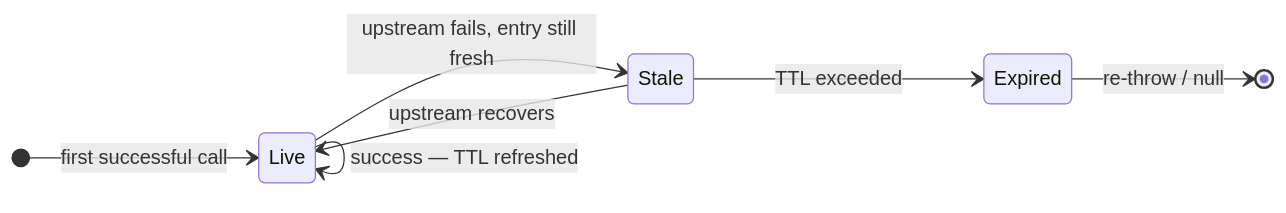
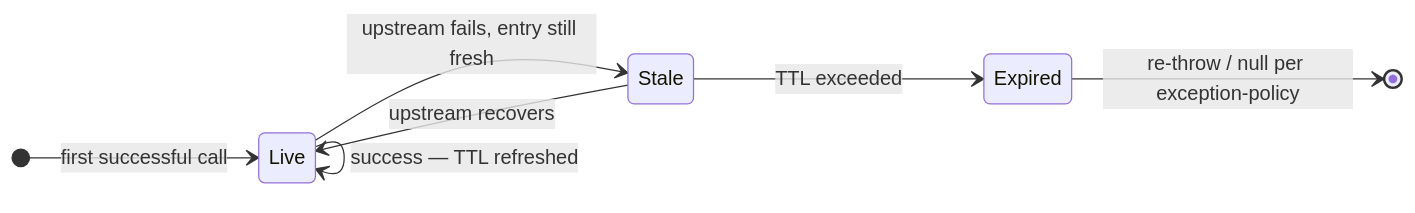
The second of 3 diagrams in docs/index.md (societe-generale/failover), drawn with Mermaid before and after one commit. The commit also changed other lines of this file and 84 other files, not shown here.

````diff
--- a/docs/index.md
+++ b/docs/index.md
@@ -25,10 +22,10 @@
 ```mermaid
 stateDiagram-v2
     direction LR
     [*]     --> Live    : first successful call
     Live    --> Live    : success — TTL refreshed
     Live    --> Stale   : upstream fails, entry still fresh
     Stale   --> Live    : upstream recovers
     Stale   --> Expired : TTL exceeded
-    Expired --> [*]     : re-throw / null
+    Expired --> [*]     : re-throw / null per exception-policy
 ```
````
